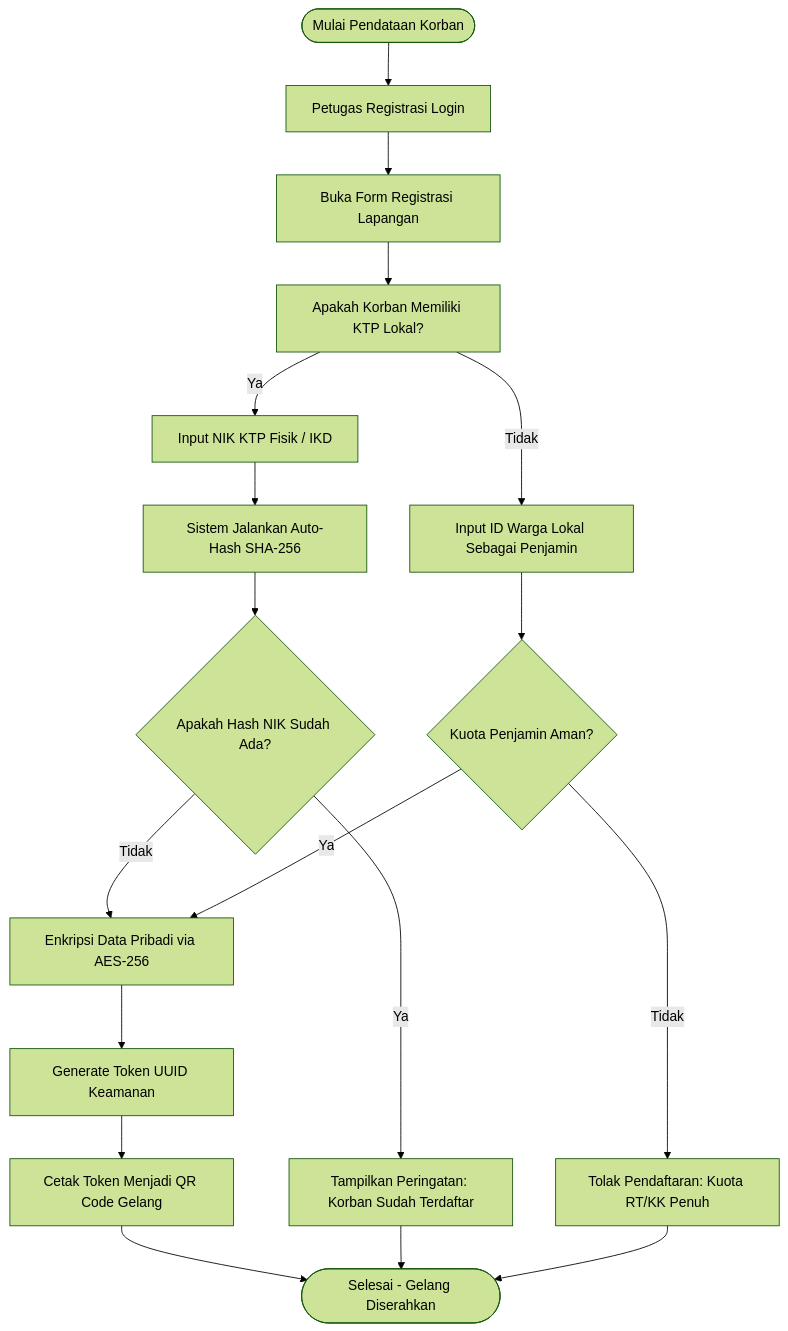
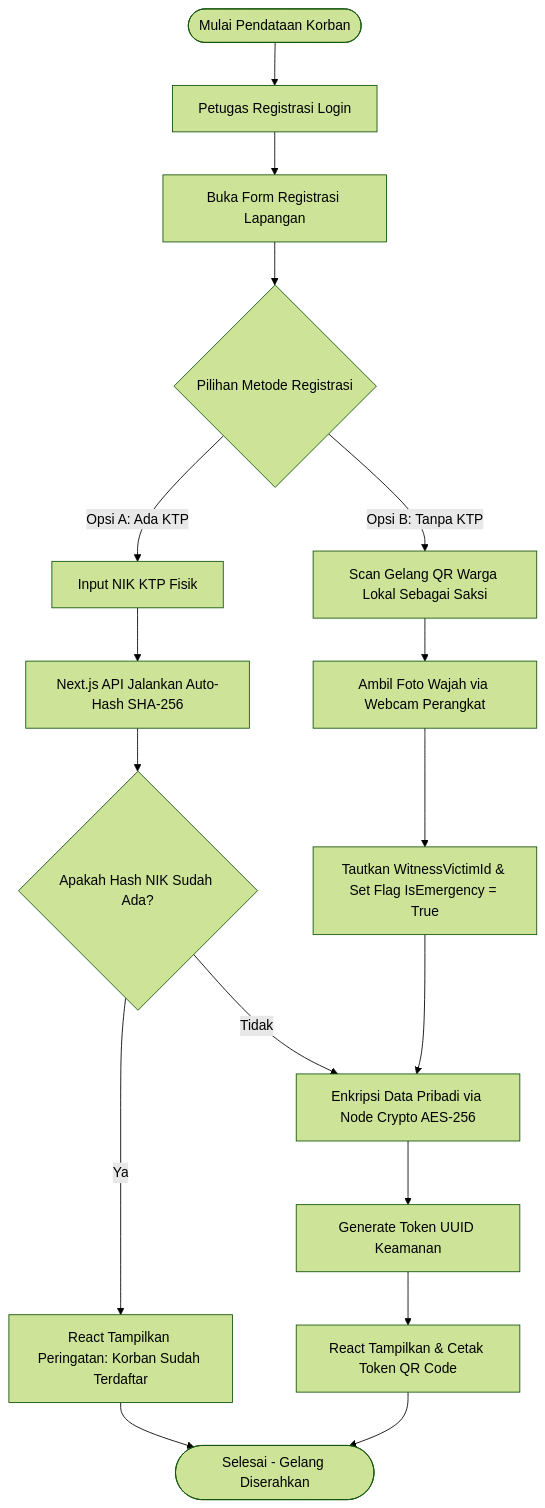
One commit to Mubax5/FITComp changed the second of 8 diagrams in README.md. Above: the diagram before and after it, drawn with Mermaid (forest theme). The commit also changed other lines of this file, not shown here.

````diff
--- a/README.md
+++ b/README.md
@@ -317,24 +448,23 @@
 ```mermaid
 flowchart TD
     Start([Mulai Pendataan Korban]) --> Login[Petugas Registrasi Login]
     Login --> OpenForm[Buka Form Registrasi Lapangan]
-    OpenForm --> CheckDom[Apakah Korban Memiliki KTP Lokal?]
+    OpenForm --> CheckDom{Pilihan Metode Registrasi}
     
-    CheckDom -- Ya --> InputNIK[Input NIK KTP Fisik / IKD]
-    InputNIK --> HashProcess[Sistem Jalankan Auto-Hash SHA-256]
+    CheckDom -- Opsi A: Ada KTP --> InputNIK[Input NIK KTP Fisik]
+    InputNIK --> HashProcess[Next.js API Jalankan Auto-Hash SHA-256]
     HashProcess --> CheckDup{Apakah Hash NIK Sudah Ada?}
-    CheckDup -- Ya --> RejectForm[Tampilkan Peringatan: Korban Sudah Terdaftar]
-    CheckDup -- Tidak --> EncryptData[Enkripsi Data Pribadi via AES-256]
+    CheckDup -- Ya --> RejectForm[React Tampilkan Peringatan: Korban Sudah Terdaftar]
+    CheckDup -- Tidak --> EncryptData[Enkripsi Data Pribadi via Node Crypto AES-256]
     
-    CheckDom -- Tidak --> InputVouch[Input ID Warga Lokal Sebagai Penjamin]
-    InputVouch --> CheckQuota{Kuota Penjamin Aman?}
-    CheckQuota -- Tidak --> RejectVouch[Tolak Pendaftaran: Kuota RT/KK Penuh]
-    CheckQuota -- Ya --> EncryptData
+    CheckDom -- Opsi B: Tanpa KTP --> ScanWitness[Scan Gelang QR Warga Lokal Sebagai Saksi]
+    ScanWitness --> CaptureFace[Ambil Foto Wajah via Webcam Perangkat]
+    CaptureFace --> BindEmergency[Tautkan WitnessVictimId & Set Flag IsEmergency = True]
+    BindEmergency --> EncryptData
     
     EncryptData --> GenUUID[Generate Token UUID Keamanan]
-    GenUUID --> PrintQR[Cetak Token Menjadi QR Code Gelang]
+    GenUUID --> PrintQR[React Tampilkan & Cetak Token QR Code]
     PrintQR --> End([Selesai - Gelang Diserahkan])
     RejectForm --> End
-    RejectVouch --> End
 
 ```
````
